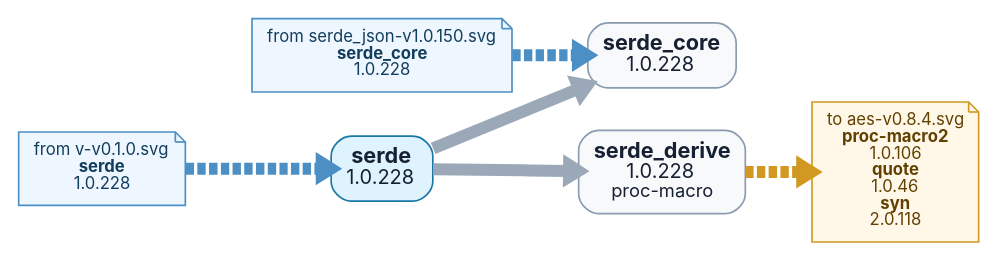
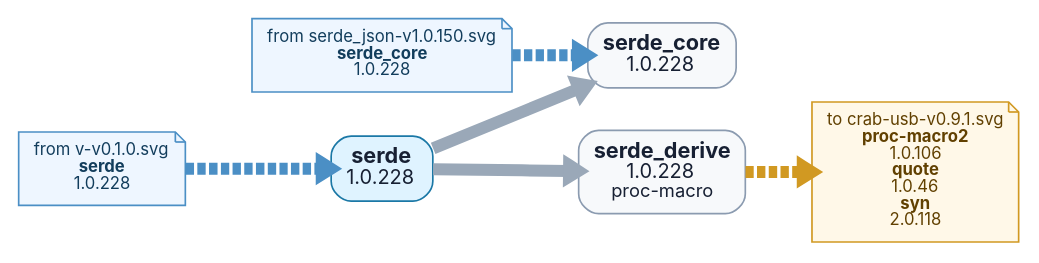
The diagram in tools/depgraph/by-root/serde-v1.0.228.dot (t4ce/TRUEOS), drawn with Graphviz before and after one commit. The commit also changed 64 other files, not shown here.

```diff
--- a/tools/depgraph/by-root/serde-v1.0.228.dot
+++ b/tools/depgraph/by-root/serde-v1.0.228.dot
@@ -1,19 +1,19 @@
 digraph "serde-v1.0.228" {
   graph [rankdir=LR, bgcolor="white", overlap=false, splines=true, nodesep=0.35, ranksep=0.55];
   node [shape=box, style="rounded,filled", fontname="Inter,Arial", fontsize=10, margin="0.13,0.10", color="#8b9bb0", fillcolor="#f7f9fb", fontcolor="#172033"];
   edge [color="#9aa8b8", arrowsize=0.55, penwidth=7.2];
   n0 [label=<<FONT POINT-SIZE="13"><B>serde</B></FONT><BR/><FONT POINT-SIZE="12">1.0.228</FONT>>, fillcolor="#dff3ff", color="#1b78a6"];
   n1 [label=<<FONT POINT-SIZE="13"><B>serde_core</B></FONT><BR/><FONT POINT-SIZE="12">1.0.228</FONT>>, fillcolor="#f7f9fb", color="#8b9bb0"];
   n2 [label=<<FONT POINT-SIZE="13"><B>serde_derive</B></FONT><BR/><FONT POINT-SIZE="12">1.0.228</FONT><BR/><FONT POINT-SIZE="11">proc-macro</FONT>>, fillcolor="#f7f9fb", color="#8b9bb0"];
   n0 -> n1;
   n0 -> n2;
-  out0 [label=<to aes-v0.8.4.svg<BR/><B>proc-macro2</B><BR/>1.0.106<BR/><B>quote</B><BR/>1.0.46<BR/><B>syn</B><BR/>2.0.118>, shape=note, style="filled", fillcolor="#fff8e8", color="#d19922", fontcolor="#614000"];
+  out0 [label=<to crab-usb-v0.9.1.svg<BR/><B>proc-macro2</B><BR/>1.0.106<BR/><B>quote</B><BR/>1.0.46<BR/><B>syn</B><BR/>2.0.118>, shape=note, style="filled", fillcolor="#fff8e8", color="#d19922", fontcolor="#614000"];
   n2 -> out0 [style=dashed, color="#d19922"];
   in1 [label=<from serde_json-v1.0.150.svg<BR/><B>serde_core</B><BR/>1.0.228>, shape=note, style="filled", fillcolor="#eef6ff", color="#4b8fc5", fontcolor="#123d5c"];
   in1 -> n1 [style=dashed, color="#4b8fc5"];
   in2 [label=<from v-v0.1.0.svg<BR/><B>serde</B><BR/>1.0.228>, shape=note, style="filled", fillcolor="#eef6ff", color="#4b8fc5", fontcolor="#123d5c"];
   in2 -> n0 [style=dashed, color="#4b8fc5"];
   // collapsed leaf ends: 0
   // centered two-input leaves: 0
   // nested two-input leaves: 0
 }
```
